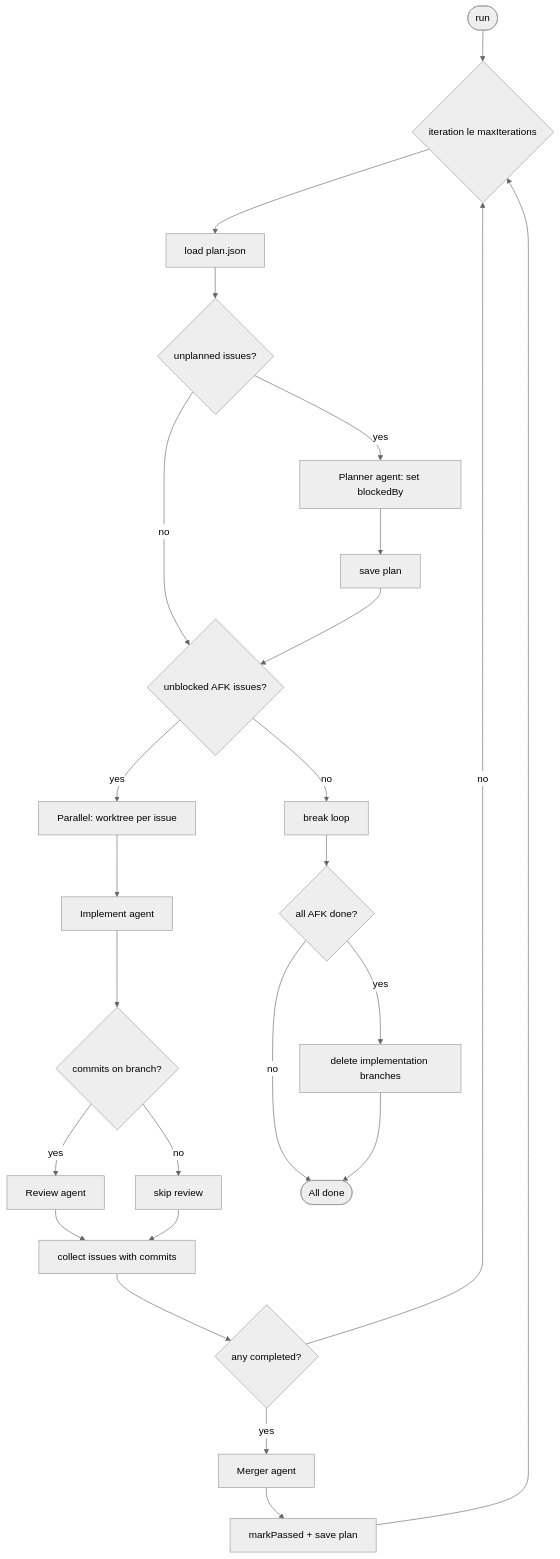
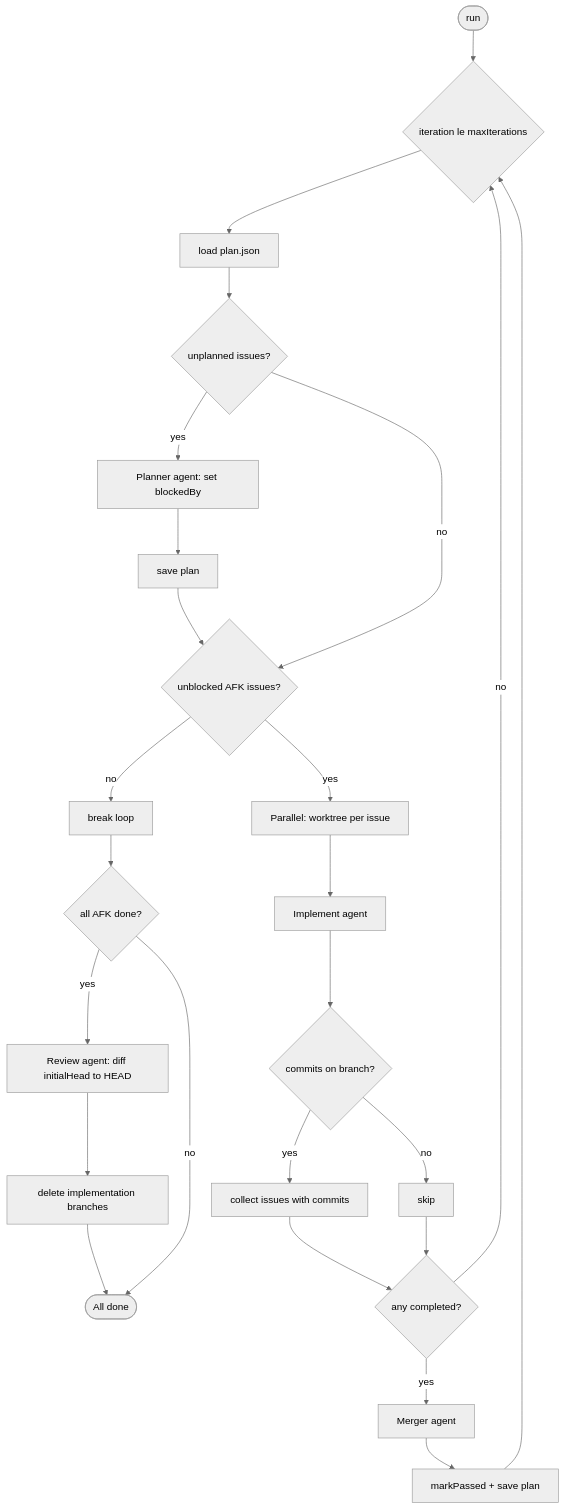
Before and after one commit to amwebexpert/etoolbox: the first of 3 diagrams in ai-orchestrator/README.md, drawn with Mermaid (neutral theme). The commit also changed other lines of this file, not shown here.

````diff
--- a/ai-orchestrator/README.md
+++ b/ai-orchestrator/README.md
@@ -88,27 +90,27 @@
 ```mermaid
 flowchart TD
   start([run]) --> iter{iteration le maxIterations}
   iter --> load[load plan.json]
   load --> planPhase{unplanned issues?}
   planPhase -->|yes| planner[Planner agent: set blockedBy]
   planPhase -->|no| unblocked
   planner --> savePlan1[save plan]
   savePlan1 --> unblocked{unblocked AFK issues?}
   unblocked -->|no| exitLoop[break loop]
   unblocked -->|yes| implParallel[Parallel: worktree per issue]
   implParallel --> implement[Implement agent]
   implement --> hasCommits{commits on branch?}
-  hasCommits -->|yes| review[Review agent]
-  hasCommits -->|no| skipReview[skip review]
-  review --> collect[collect issues with commits]
-  skipReview --> collect
+  hasCommits -->|yes| collect[collect issues with commits]
+  hasCommits -->|no| skipCollect[skip]
+  skipCollect --> anyDone
   collect --> anyDone{any completed?}
   anyDone -->|no| iter
   anyDone -->|yes| merger[Merger agent]
   merger --> markPassed[markPassed + save plan]
   markPassed --> iter
-  exitLoop --> cleanup{all AFK done?}
-  cleanup -->|yes| deleteBranches[delete implementation branches]
-  cleanup -->|no| done([All done])
+  exitLoop --> allAfkDone{all AFK done?}
+  allAfkDone -->|yes| review[Review agent: diff initialHead to HEAD]
+  allAfkDone -->|no| done([All done])
+  review --> deleteBranches[delete implementation branches]
   deleteBranches --> done
 ```
````
